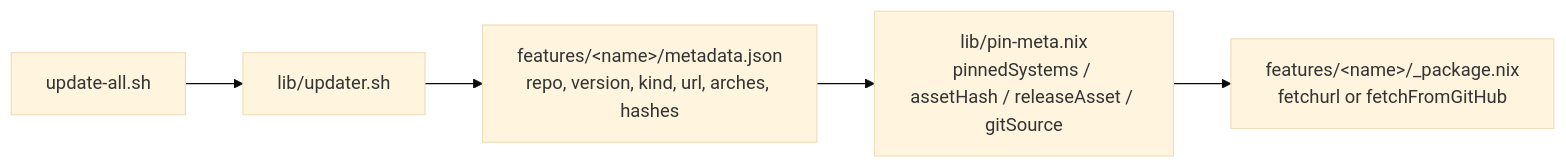
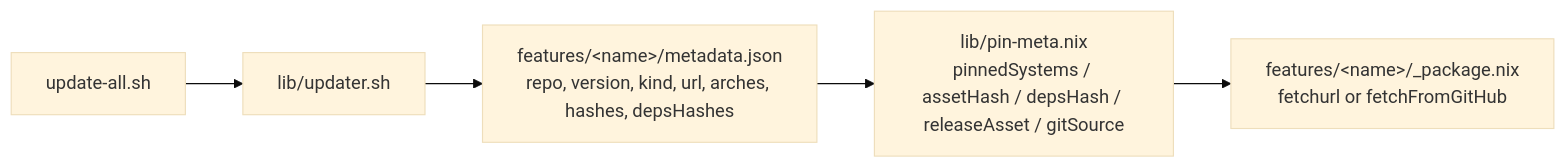
One commit to WombatFromHell/automatic-palm-tree changed the sixth of 7 diagrams in DESIGN.md. Above: the diagram before and after it, drawn with Mermaid (base theme). The commit also changed other lines of this file and 10 other files, not shown here.

First line of the commit message:
pins: the pnpm dependency closure is pinned in metadata.json, not in the derivation

````diff
--- a/DESIGN.md
+++ b/DESIGN.md
@@ -208,7 +209,7 @@
 ```mermaid
 flowchart LR
-  J["features/&lt;name&gt;/metadata.json<br/>repo, version, kind, url, arches, hashes"] --> P["lib/pin-meta.nix<br/>pinnedSystems / assetHash / releaseAsset / gitSource"]
+  J["features/&lt;name&gt;/metadata.json<br/>repo, version, kind, url, arches, hashes, depsHashes"] --> P["lib/pin-meta.nix<br/>pinnedSystems / assetHash / depsHash / releaseAsset / gitSource"]
   P --> K["features/&lt;name&gt;/_package.nix<br/>fetchurl or fetchFromGitHub"]
   U["lib/updater.sh"] --> J
   U2["update-all.sh"] --> U
 ```
````
